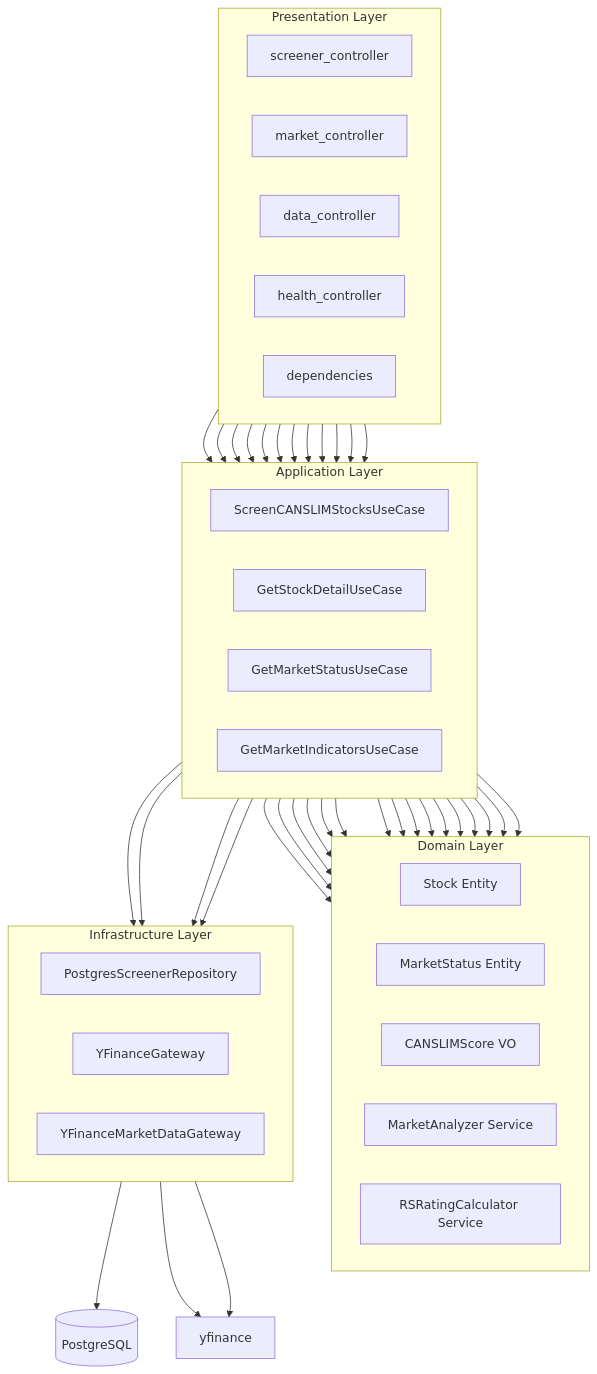
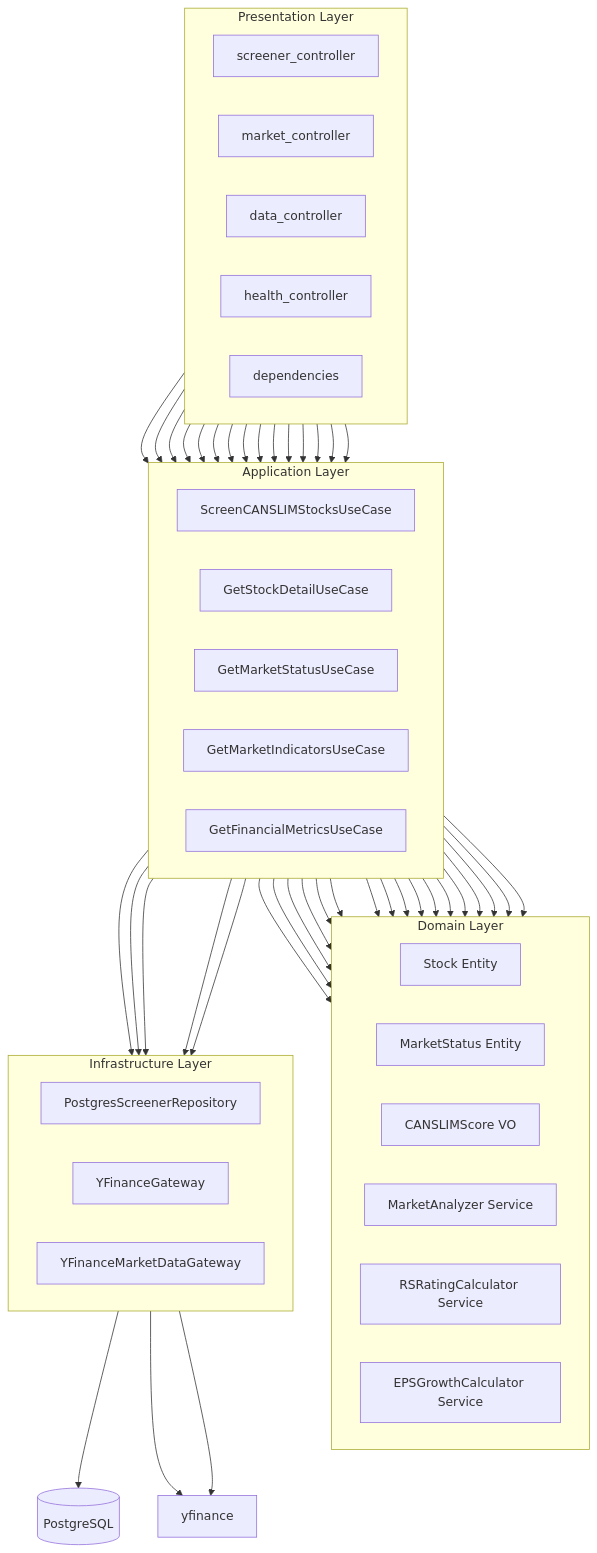
One commit to ryota197/ai-trade-pj changed the second of 4 diagrams in docs/poc/architectures/diagrams/module-dependencies.md. Above: the diagram before and after it, drawn with Mermaid. The commit also changed other lines of this file and 13 other files, not shown here.

````diff
--- a/docs/poc/architectures/diagrams/module-dependencies.md
+++ b/docs/poc/architectures/diagrams/module-dependencies.md
@@ -54,42 +54,46 @@
 ```mermaid
 graph TB
     subgraph "Presentation Layer"
         direction LR
         P1[screener_controller]
         P2[market_controller]
         P3[data_controller]
         P4[health_controller]
         P5[dependencies]
     end
 
     subgraph "Application Layer"
         direction LR
         A1[ScreenCANSLIMStocksUseCase]
         A2[GetStockDetailUseCase]
         A3[GetMarketStatusUseCase]
         A4[GetMarketIndicatorsUseCase]
+        A5[GetFinancialMetricsUseCase]
     end
 
     subgraph "Domain Layer"
         direction LR
         D1[Stock Entity]
         D2[MarketStatus Entity]
         D3[CANSLIMScore VO]
         D5[MarketAnalyzer Service]
         D6[RSRatingCalculator Service]
+        D7[EPSGrowthCalculator Service]
     end
 
     subgraph "Infrastructure Layer"
         direction LR
         I1[PostgresScreenerRepository]
         I3[YFinanceGateway]
         I4[YFinanceMarketDataGateway]
     end
 
-    P1 & P2 & P3 --> A1 & A2 & A3 & A4
+    P1 & P2 & P3 --> A1 & A2 & A3 & A4 & A5
     A1 & A2 & A3 & A4 --> D1 & D2 & D5 & D6
+    A5 --> D7
     A1 & A2 --> I1
     A3 & A4 --> I4
+    A5 --> I3
     I1 --> External_DB[(PostgreSQL)]
     I3 & I4 --> External_API[yfinance]
 ```
````
